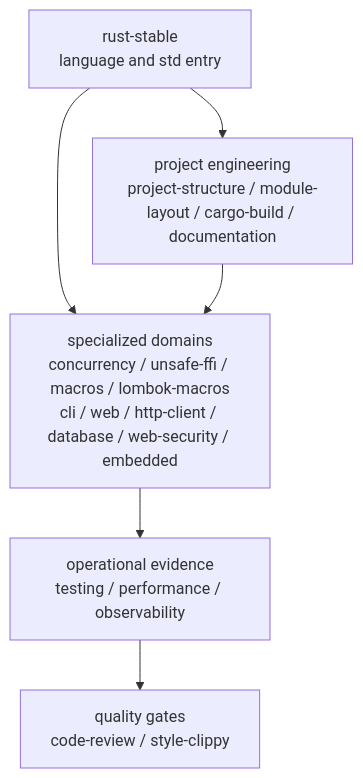
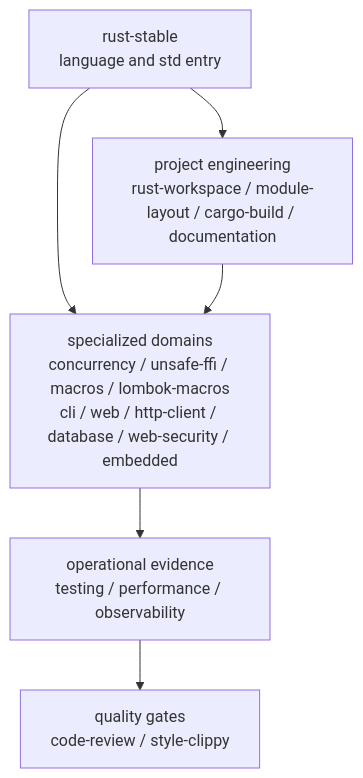
The diagram in README.md (full-stack-skills/rust-skills), drawn with Mermaid before and after one commit. The commit also changed other lines of this file and 33 other files, not shown here.

First line of the commit message:
refactor(rust): rust-project-structure 重命名为 rust-workspace

````diff
--- a/README.md
+++ b/README.md
@@ -55,14 +55,14 @@
 ```mermaid
 flowchart TB
     S["rust-stable<br/>language and std entry"]
-    P["project engineering<br/>project-structure / module-layout / cargo-build / documentation"]
+    P["project engineering<br/>rust-workspace / module-layout / cargo-build / documentation"]
     D["specialized domains<br/>concurrency / unsafe-ffi / macros / lombok-macros<br/>cli / web / http-client / database / web-security / embedded"]
     O["operational evidence<br/>testing / performance / observability"]
     Q["quality gates<br/>code-review / style-clippy"]
 
     S --> P
     S --> D
     P --> D
     D --> O
     O --> Q
 ```
````
